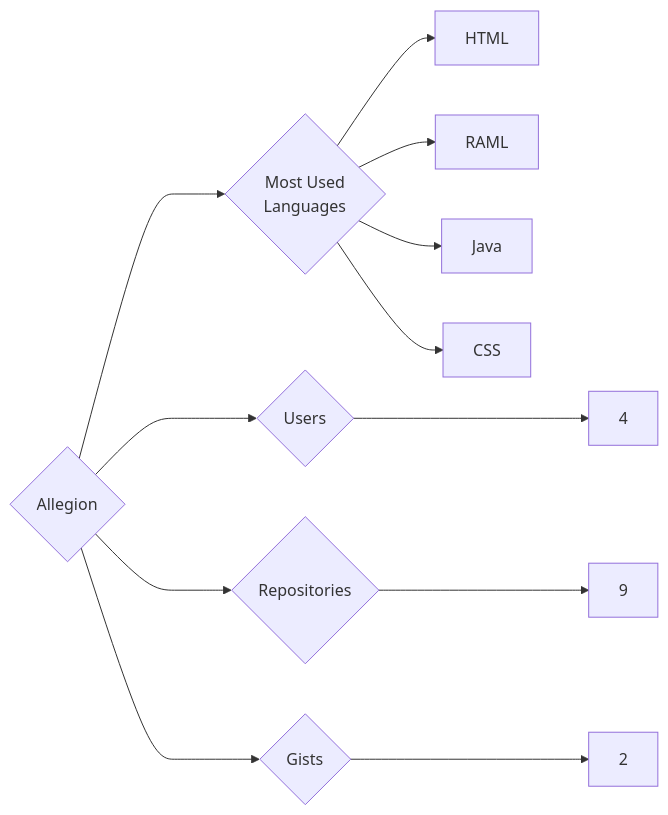
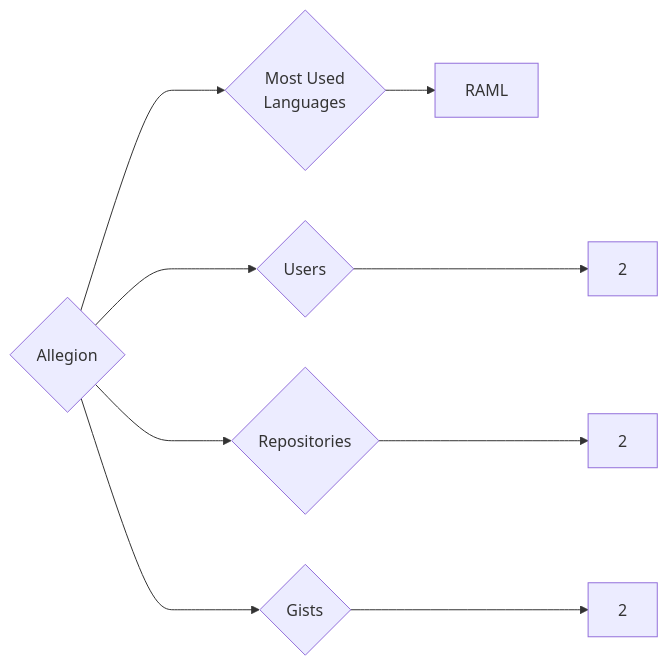
Before and after one commit to trickest/insiders: the diagram in targets/Allegion/README.md, drawn with Mermaid. The commit also changed 1020 other files, not shown here.

````diff
--- a/targets/Allegion/README.md
+++ b/targets/Allegion/README.md
@@ -3,12 +3,9 @@
 ```mermaid
 graph LR
 COMPANY_NAME{Allegion}
-COMPANY_NAME ---> U{Users} ---> UN[4]
-COMPANY_NAME ---> R{Repositories} ---> RN[9]
+COMPANY_NAME ---> U{Users} ---> UN[2]
+COMPANY_NAME ---> R{Repositories} ---> RN[2]
 COMPANY_NAME ---> G{Gists} ---> GN[2]
 COMPANY_NAME ---> ML{Most Used<br>Languages}
-ML --> HTML[HTML]
 ML --> RAML[RAML]
-ML --> Java[Java]
-ML --> CSS[CSS]
 ```
````
